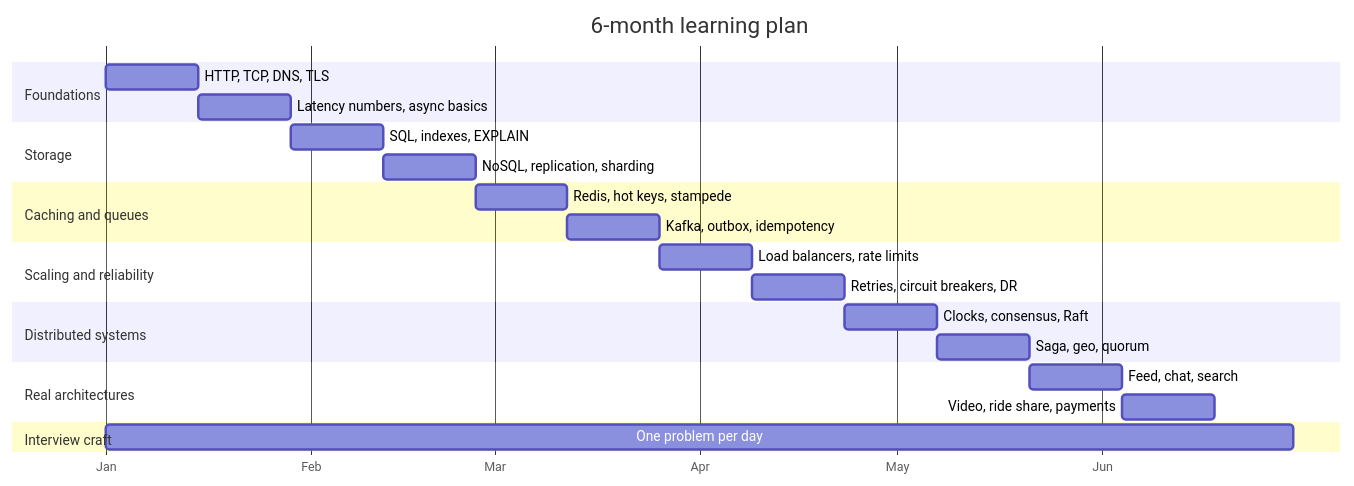
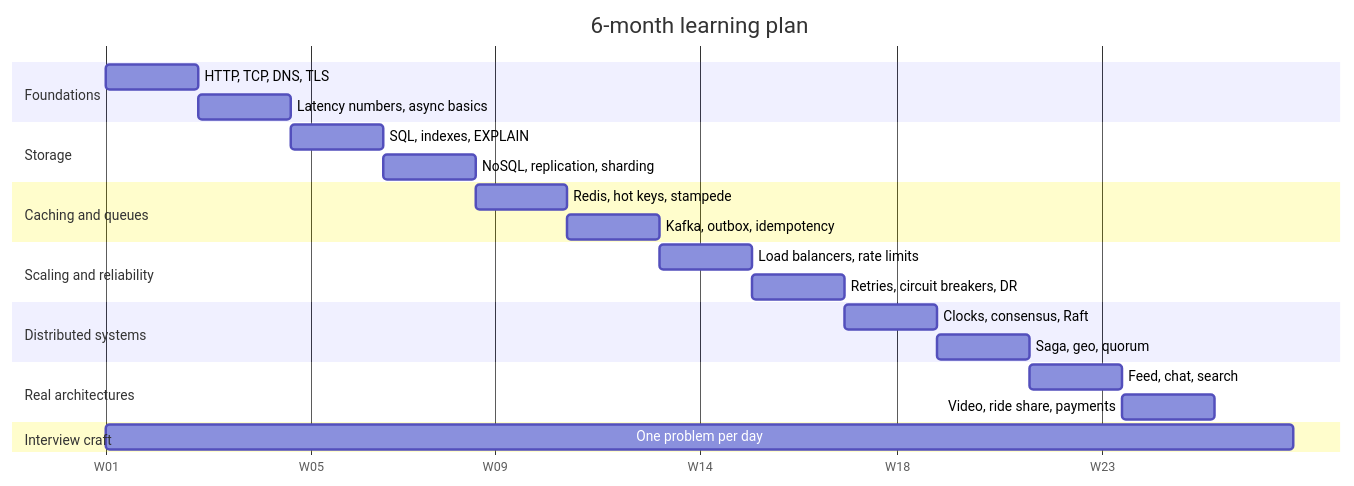
Before and after one commit to shiningflash/shiningflash.github.io: the eighth of 8 diagrams in practice/system-design/roadmap.md, drawn with Mermaid. The commit also changed 3 other files, not shown here.

First line of the commit message:
Wire the AI Engineering roadmap into the site + un-date SD Gantt

````diff
--- a/practice/system-design/roadmap.md
+++ b/practice/system-design/roadmap.md
@@ -363,33 +363,33 @@
 ```mermaid
 gantt
     title 6-month learning plan
     dateFormat YYYY-MM-DD
-    axisFormat %b
+    axisFormat W%V
 
     section Foundations
     HTTP, TCP, DNS, TLS                :a1, 2026-01-01, 14d
     Latency numbers, async basics      :a2, after a1, 14d
 
     section Storage
     SQL, indexes, EXPLAIN              :b1, after a2, 14d
     NoSQL, replication, sharding       :b2, after b1, 14d
 
     section Caching and queues
     Redis, hot keys, stampede          :c1, after b2, 14d
     Kafka, outbox, idempotency         :c2, after c1, 14d
 
     section Scaling and reliability
     Load balancers, rate limits        :d1, after c2, 14d
     Retries, circuit breakers, DR      :d2, after d1, 14d
 
     section Distributed systems
     Clocks, consensus, Raft            :e1, after d2, 14d
     Saga, geo, quorum                  :e2, after e1, 14d
 
     section Real architectures
     Feed, chat, search                 :f1, after e2, 14d
     Video, ride share, payments        :f2, after f1, 14d
 
     section Interview craft
     One problem per day                :g1, 2026-01-01, 180d
 ```
````
